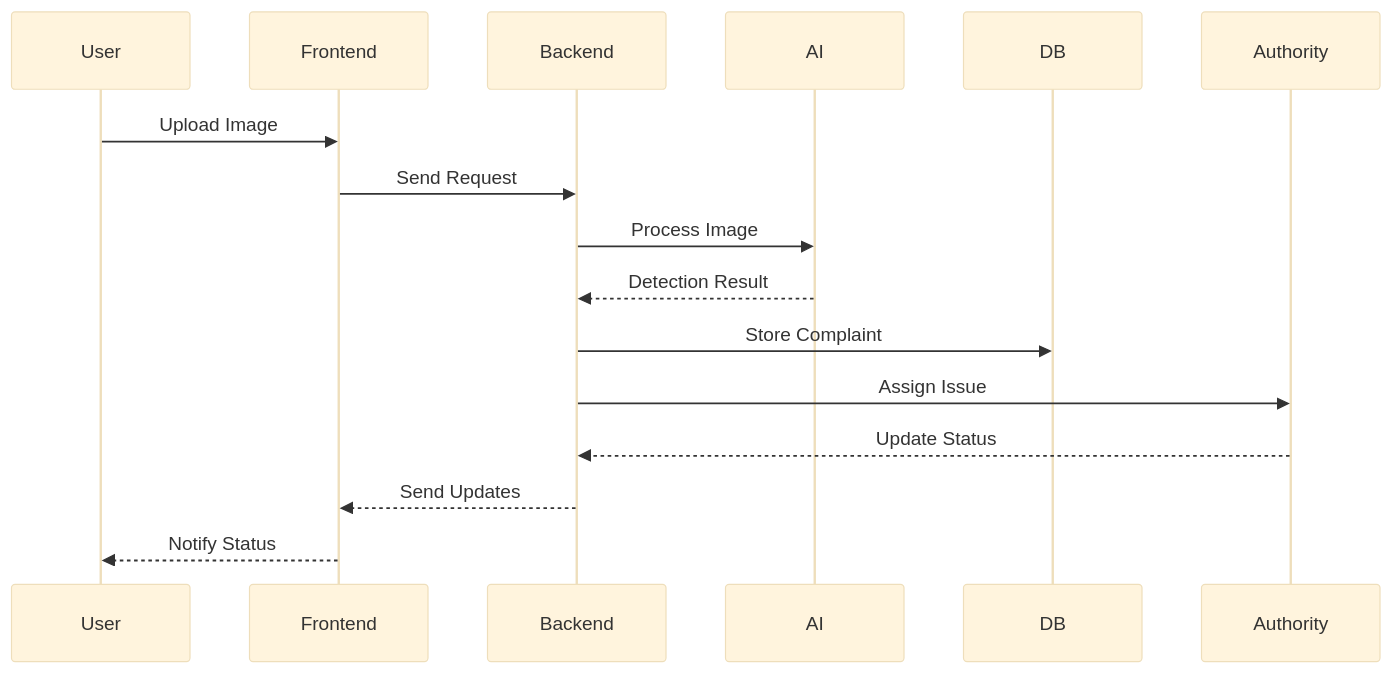
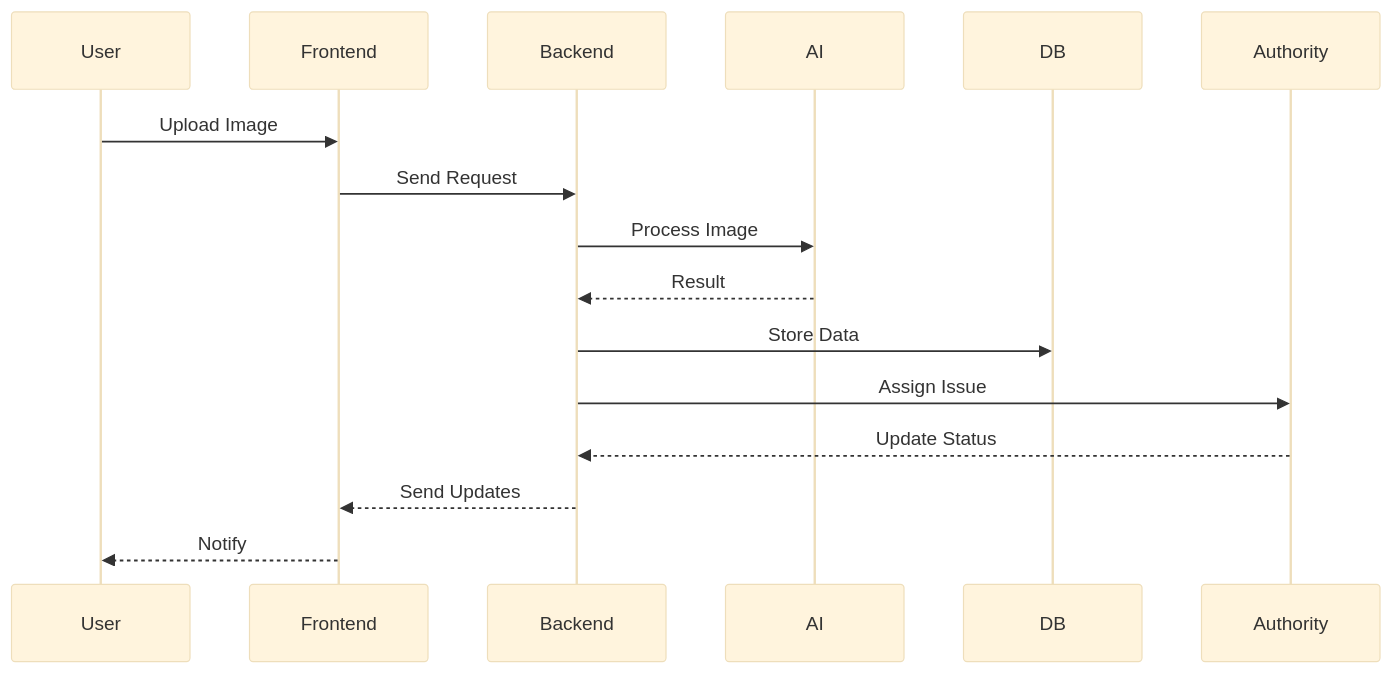
Before and after one commit to Jarvis-the-og/Fastathon--Civiclens: the fourth of 4 diagrams in README.md, drawn with Mermaid (base theme). The commit also changed other lines of this file, not shown here.

````diff
--- a/README.md
+++ b/README.md
@@ -100,19 +89,19 @@
 ```mermaid
 sequenceDiagram
     participant User
     participant Frontend
     participant Backend
     participant AI
     participant DB
     participant Authority
 
     User->>Frontend: Upload Image
     Frontend->>Backend: Send Request
     Backend->>AI: Process Image
-    AI-->>Backend: Detection Result
-    Backend->>DB: Store Complaint
+    AI-->>Backend: Result
+    Backend->>DB: Store Data
     Backend->>Authority: Assign Issue
     Authority-->>Backend: Update Status
     Backend-->>Frontend: Send Updates
-    Frontend-->>User: Notify Status
+    Frontend-->>User: Notify
 ```
````
